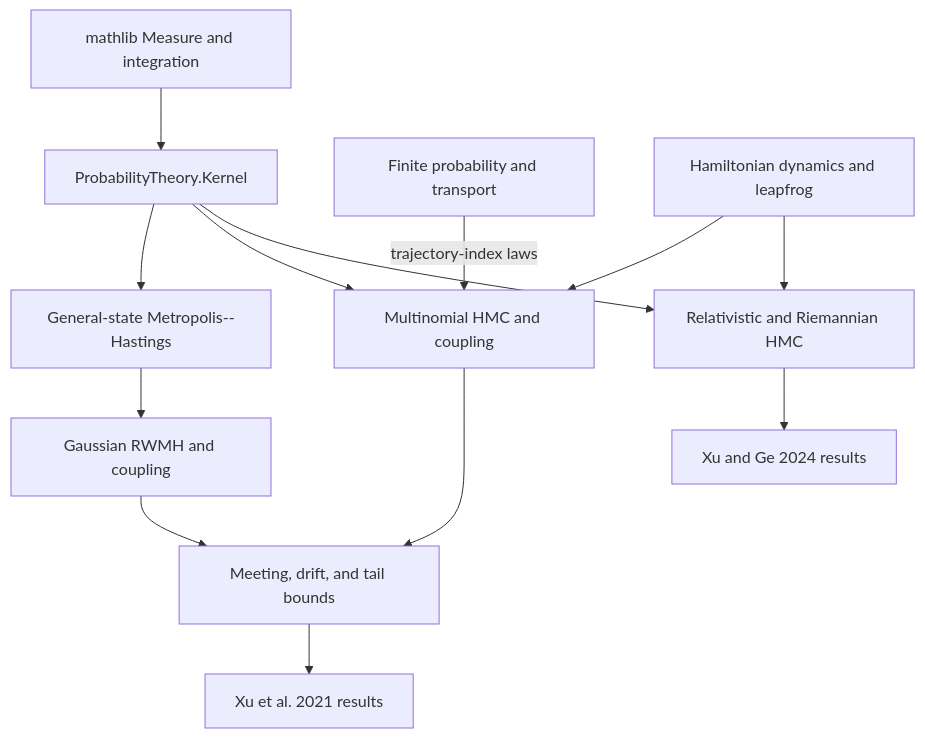
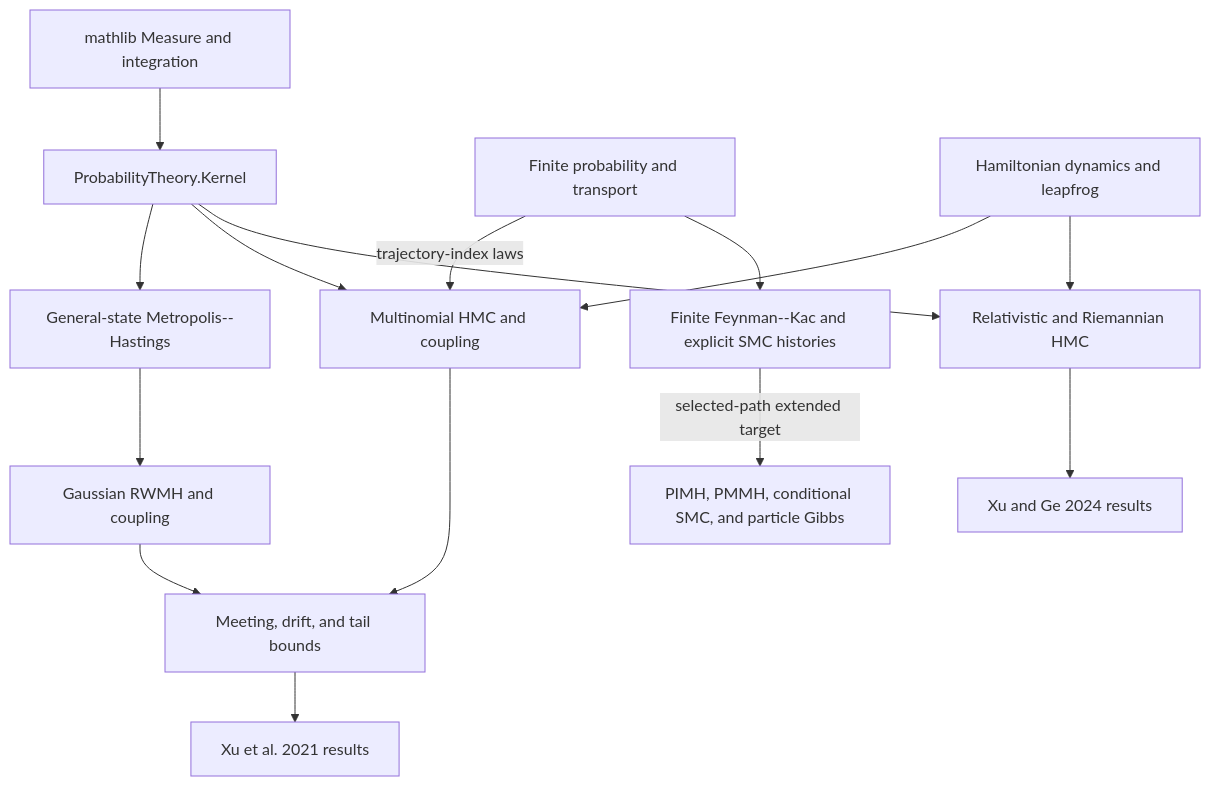
Before and after one commit to xukai92/mcmc-lean: the first of 2 diagrams in docs/generated/architecture-graphs.md, drawn with Mermaid. The commit also changed 27 other files, not shown here.

Commit message:
Add particle Gibbs and certified relativistic execution

````diff
--- a/docs/generated/architecture-graphs.md
+++ b/docs/generated/architecture-graphs.md
@@ -9,26 +9,30 @@
 ```mermaid
 flowchart TB
   measure["mathlib Measure and integration"]
   kernel["ProbabilityTheory.Kernel"]
   finite["Finite probability and transport"]
+  smc["Finite Feynman--Kac and explicit SMC histories"]
+  pmcmc["PIMH, PMMH, conditional SMC, and particle Gibbs"]
   mh["General-state Metropolis--Hastings"]
   rwmh["Gaussian RWMH and coupling"]
   dynamics["Hamiltonian dynamics and leapfrog"]
   hmc["Multinomial HMC and coupling"]
   meeting["Meeting, drift, and tail bounds"]
   xu21["Xu et al. 2021 results"]
   relativistic["Relativistic and Riemannian HMC"]
   xu24["Xu and Ge 2024 results"]
   measure --> kernel
   kernel --> mh
   finite -->|trajectory-index laws| hmc
+  finite --> smc
+  smc -->|selected-path extended target| pmcmc
   mh --> rwmh
   dynamics --> hmc
   kernel --> hmc
   rwmh --> meeting
   hmc --> meeting
   meeting --> xu21
   dynamics --> relativistic
   kernel --> relativistic
   relativistic --> xu24
 ```
````
